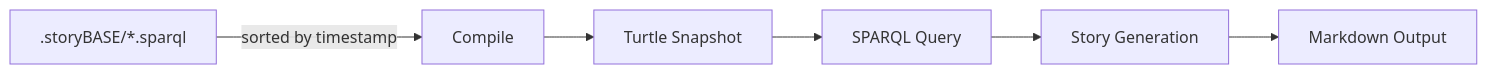
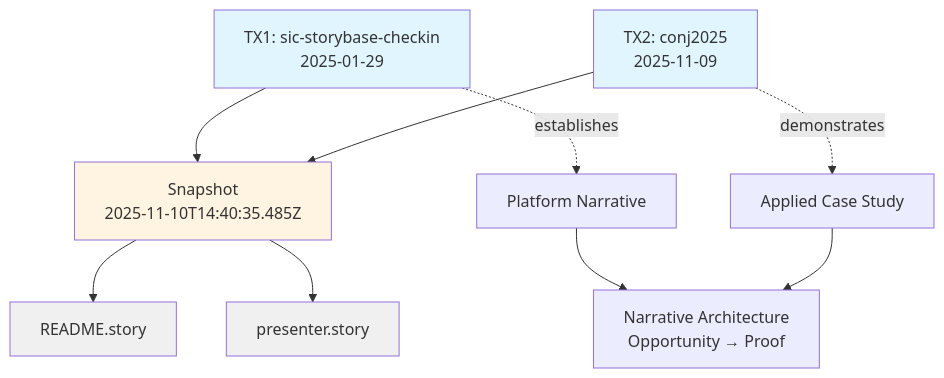
The first of 2 diagrams in README.md (Synthetic-Identity-Co/conj-talk-2025), drawn with Mermaid before and after one commit. The commit also changed other lines of this file, not shown here.

Commit message:
story:  3745b160a6c9e0e4a33b3d1663b35454991eba22

````diff
--- a/README.md
+++ b/README.md
@@ -72,8 +120,18 @@
 ```mermaid
-graph LR
-    A[.storyBASE/*.sparql] -->|sorted by timestamp| B[Compile]
-    B --> C[Turtle Snapshot]
-    C --> D[SPARQL Query]
-    D --> E[Story Generation]
-    E --> F[Markdown Output]
+graph TD
+    A[TX1: sic-storybase-checkin<br/>2025-01-29] --> C[Snapshot<br/>2025-11-10T14:40:35.485Z]
+    B[TX2: conj2025<br/>2025-11-09] --> C
+    C --> D[README.story]
+    C --> E[presenter.story]
+    
+    A -.establishes.-> F[Platform Narrative]
+    B -.demonstrates.-> G[Applied Case Study]
+    F --> H[Narrative Architecture<br/>Opportunity → Proof]
+    G --> H
+    
+    style A fill:#e1f5ff
+    style B fill:#e1f5ff
+    style C fill:#fff4e1
+    style D fill:#f0f0f0
+    style E fill:#f0f0f0
 ```
````
